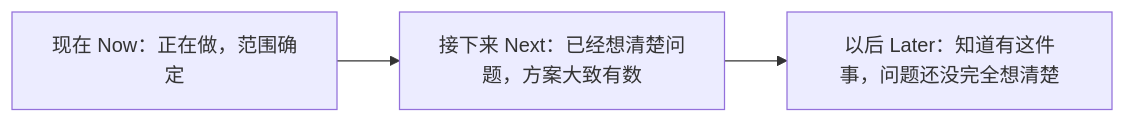
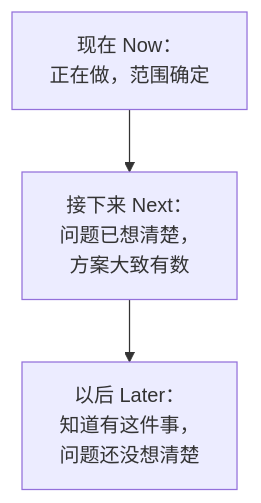
The first of 2 diagrams in books/product-thinking/07-roadmap.md (jarvis-pro/hatch-shelf), drawn with Mermaid before and after one commit. The commit also changed other lines of this file and 432 other files, not shown here.

````diff
--- a/books/product-thinking/07-roadmap.md
+++ b/books/product-thinking/07-roadmap.md
@@ -22,5 +22,5 @@
 ```mermaid
-flowchart LR
-  N["现在 Now：正在做，范围确定"] --> X["接下来 Next：已经想清楚问题，方案大致有数"]
-  X --> L["以后 Later：知道有这件事，问题还没完全想清楚"]
+flowchart TD
+  N["现在 Now：<br/>正在做，范围确定"] --> X["接下来 Next：<br/>问题已想清楚，<br/>方案大致有数"]
+  X --> L["以后 Later：<br/>知道有这件事，<br/>问题还没想清楚"]
 ```
````
